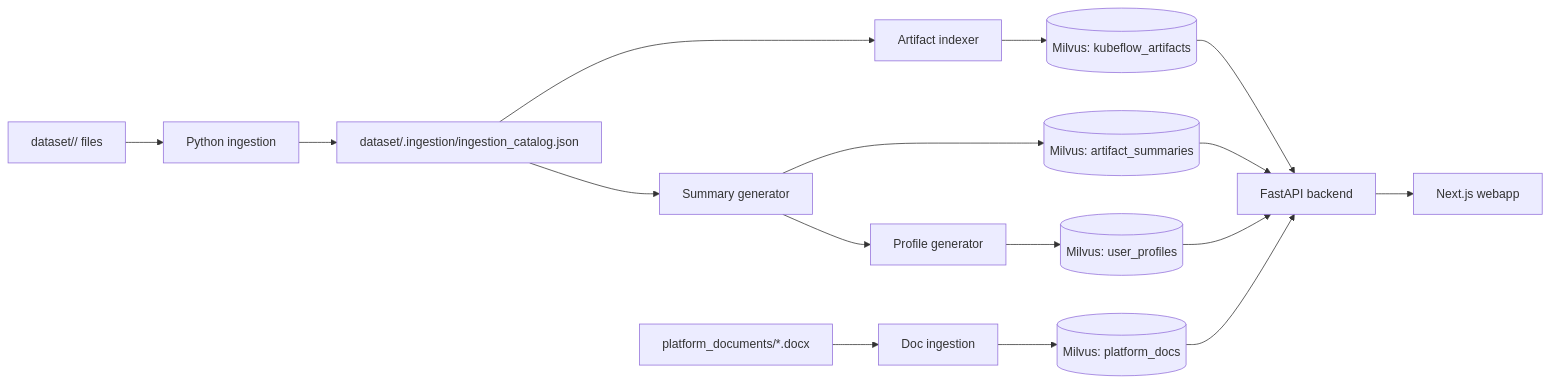
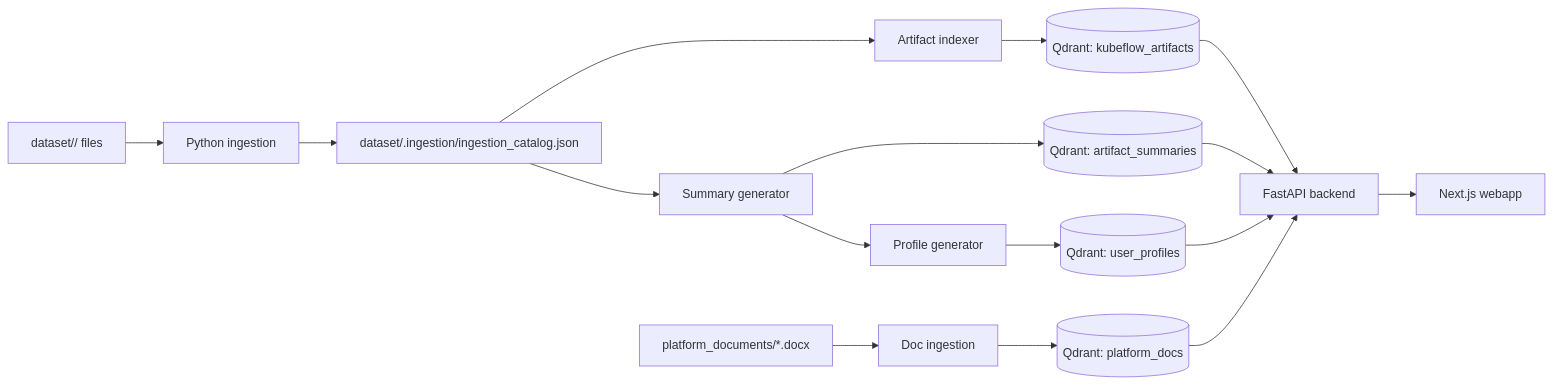
Before and after one commit to manishfromlko/Prism: the diagram in docs/README.md, drawn with Mermaid. The commit also changed other lines of this file and 66 other files, not shown here.

Commit message:
Migrating from Milvus to Qdrant backend db

````diff
--- a/docs/README.md
+++ b/docs/README.md
@@ -33,18 +33,18 @@
 ```mermaid
 flowchart LR
     dataset["dataset/<user>/ files"] --> ingestion["Python ingestion"]
     ingestion --> catalog["dataset/.ingestion/ingestion_catalog.json"]
     catalog --> indexer["Artifact indexer"]
     catalog --> summaries["Summary generator"]
     summaries --> profiles["Profile generator"]
-    indexer --> milvus[(Milvus: kubeflow_artifacts)]
-    summaries --> summaryStore[(Milvus: artifact_summaries)]
-    profiles --> profileStore[(Milvus: user_profiles)]
+    indexer --> qdrant[(Qdrant: kubeflow_artifacts)]
+    summaries --> summaryStore[(Qdrant: artifact_summaries)]
+    profiles --> profileStore[(Qdrant: user_profiles)]
     docs["platform_documents/*.docx"] --> docIngest["Doc ingestion"]
-    docIngest --> docStore[(Milvus: platform_docs)]
-    milvus --> api["FastAPI backend"]
+    docIngest --> docStore[(Qdrant: platform_docs)]
+    qdrant --> api["FastAPI backend"]
     summaryStore --> api
     profileStore --> api
     docStore --> api
     api --> webapp["Next.js webapp"]
 ```
````
